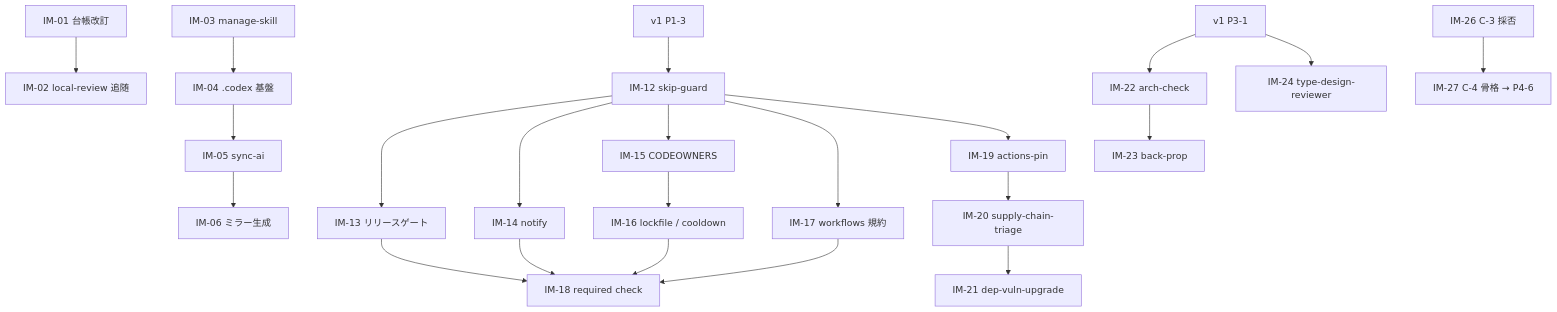
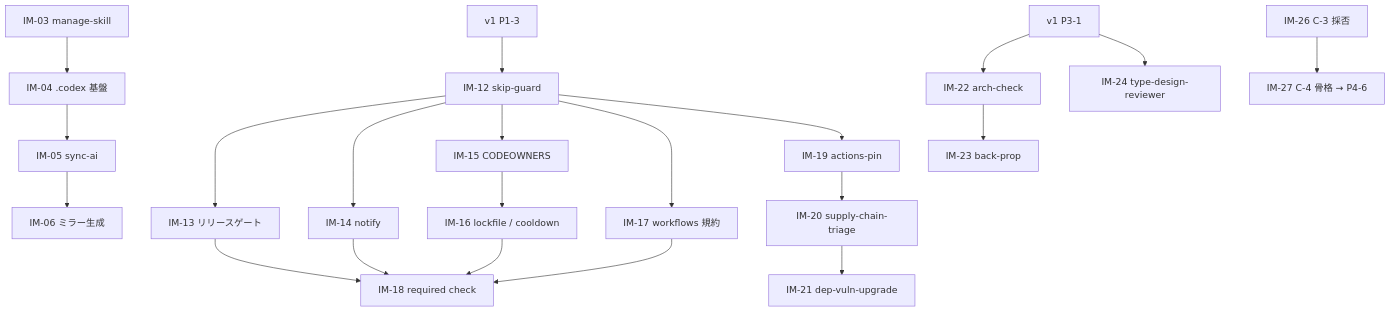
The diagram in docs/plan/go-boilerplate-import-plan.md (Tomy-ch/nextjs-boilerplate), drawn with Mermaid before and after one commit. The commit also changed other lines of this file and 1 other file, not shown here.

````diff
--- a/docs/plan/go-boilerplate-import-plan.md
+++ b/docs/plan/go-boilerplate-import-plan.md
@@ -107,21 +96,20 @@
 ```mermaid
 flowchart TD
-  IM01["IM-01 台帳改訂"] --> IM02["IM-02 local-review 追随"]
   IM03["IM-03 manage-skill"] --> IM04["IM-04 .codex 基盤"]
   IM04 --> IM05["IM-05 sync-ai"]
   IM05 --> IM06["IM-06 ミラー生成"]
   P13["v1 P1-3"] --> IM12["IM-12 skip-guard"]
   IM12 --> IM13["IM-13 リリースゲート"]
   IM12 --> IM14["IM-14 notify"]
   IM12 --> IM15["IM-15 CODEOWNERS"]
   IM15 --> IM16["IM-16 lockfile / cooldown"]
   IM12 --> IM17["IM-17 workflows 規約"]
   IM13 & IM14 & IM16 & IM17 --> IM18["IM-18 required check"]
   IM12 --> IM19["IM-19 actions-pin"]
   IM19 --> IM20["IM-20 supply-chain-triage"]
   IM20 --> IM21["IM-21 dep-vuln-upgrade"]
   P31["v1 P3-1"] --> IM22["IM-22 arch-check"]
   IM22 --> IM23["IM-23 back-prop"]
   P31 --> IM24["IM-24 type-design-reviewer"]
   IM26["IM-26 C-3 採否"] --> IM27["IM-27 C-4 骨格 → P4-6"]
 ```
````
